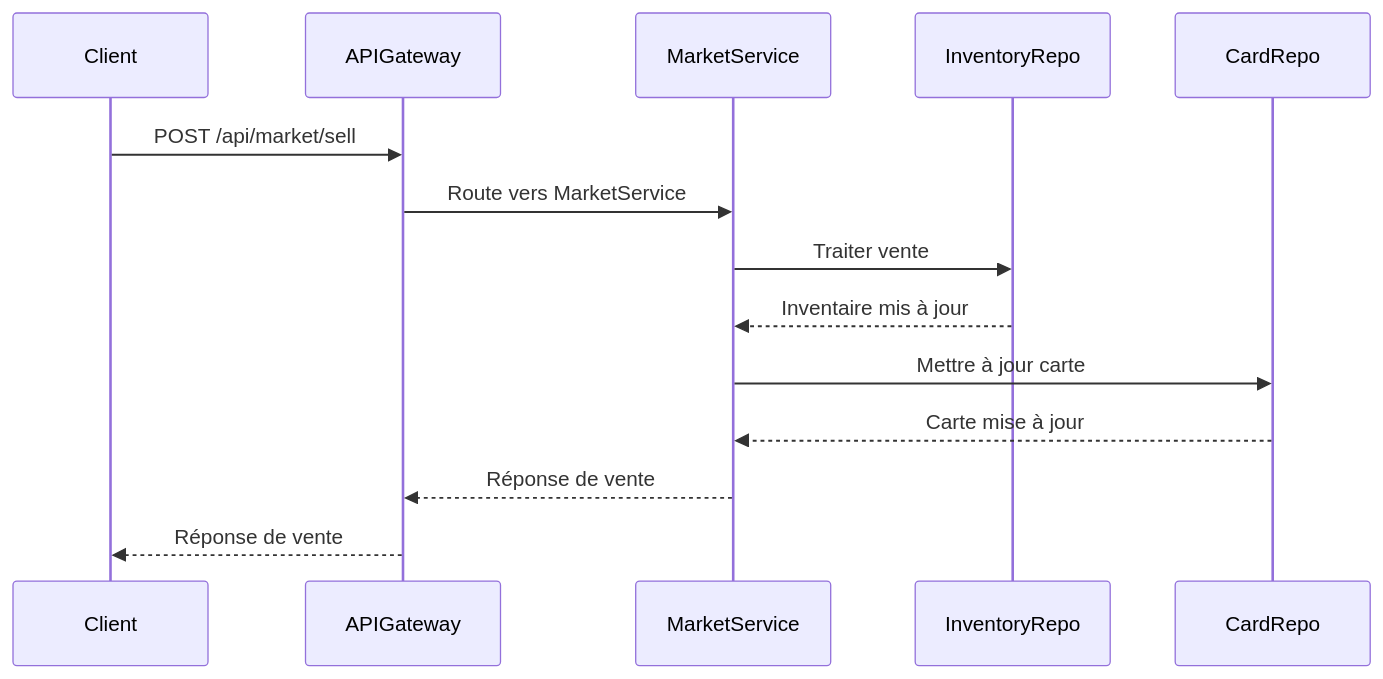
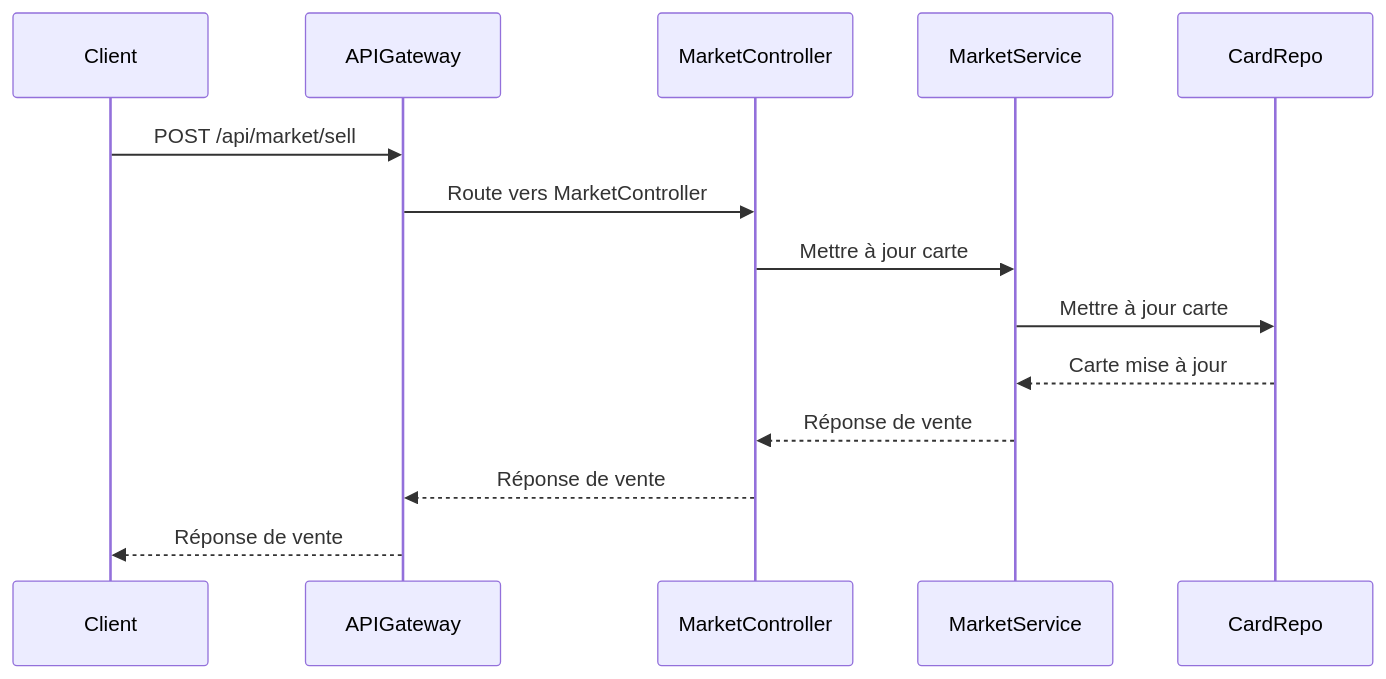
Before and after one commit to Amine-HADJ/Atelier3-SpringBoot: the fifth of 6 diagrams in README.md, drawn with Mermaid. The commit also changed other lines of this file, not shown here.

````diff
--- a/README.md
+++ b/README.md
@@ -73,16 +84,16 @@
 ```mermaid
 sequenceDiagram
 participant Client
 participant APIGateway
+participant MarketController
 participant MarketService
-participant InventoryRepo
 participant CardRepo
 Client->>APIGateway: POST /api/market/sell
-APIGateway->>MarketService: Route vers MarketService
-MarketService->>InventoryRepo: Traiter vente
-InventoryRepo-->>MarketService: Inventaire mis à jour
+APIGateway->>MarketController: Route vers MarketController
+MarketController->>MarketService: Mettre à jour carte
 MarketService->>CardRepo: Mettre à jour carte
 CardRepo-->>MarketService: Carte mise à jour
-MarketService-->>APIGateway: Réponse de vente
+MarketService-->>MarketController: Réponse de vente
+MarketController-->>APIGateway: Réponse de vente
 APIGateway-->>Client: Réponse de vente
 ```
````
